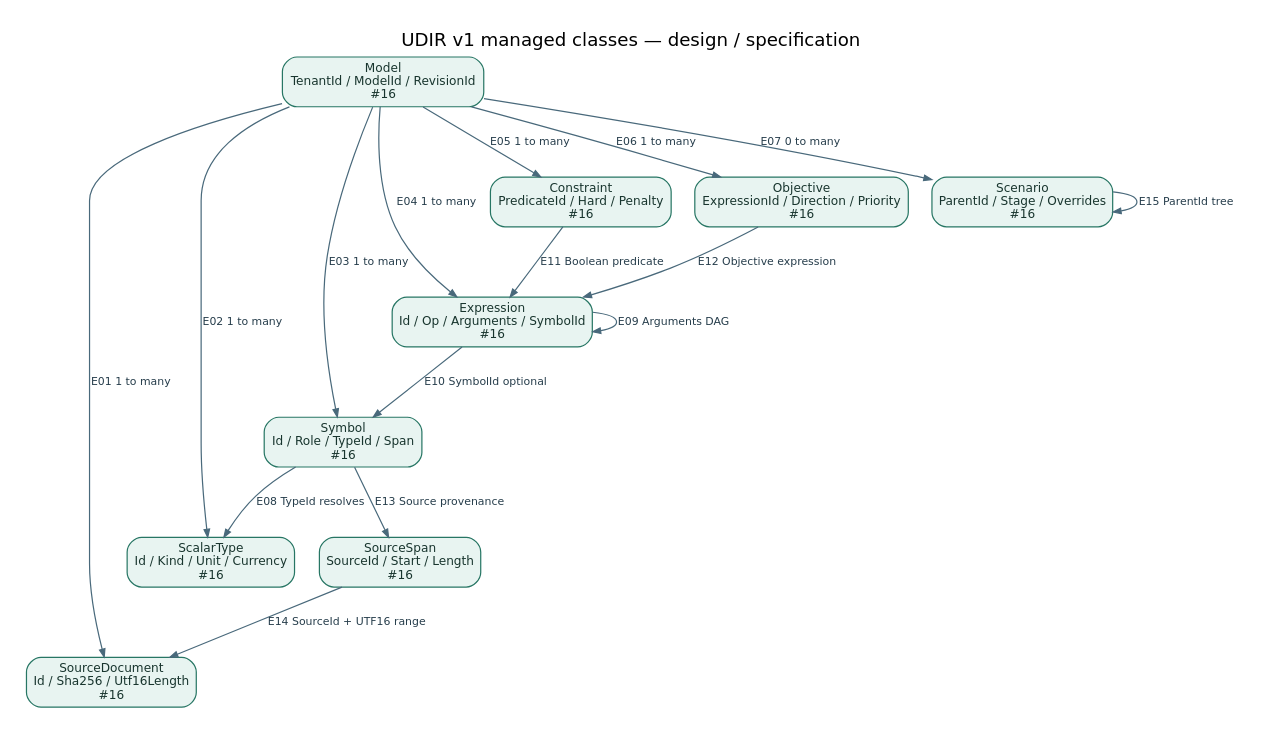
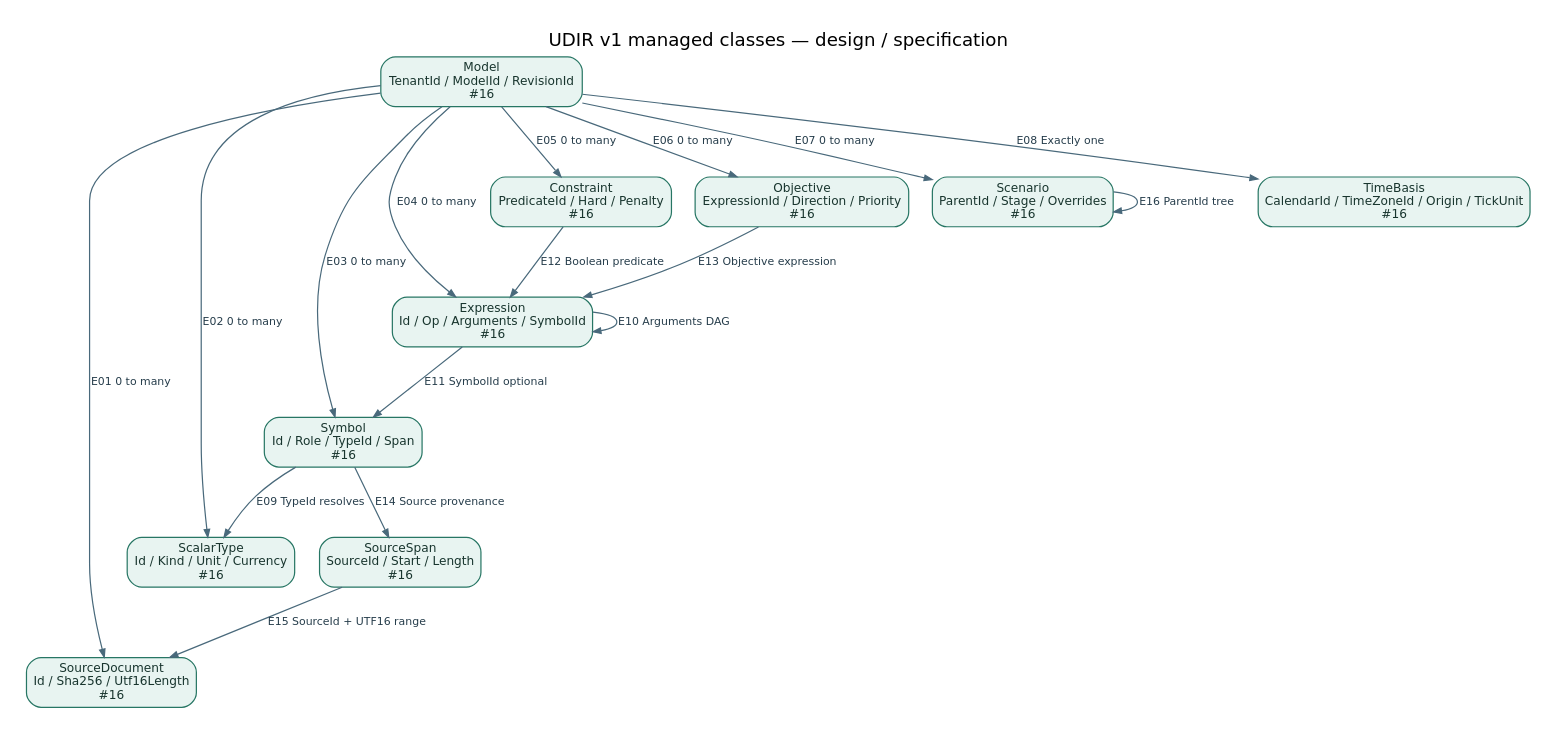
The diagram in docs/design/diagrams/sp03/udir-classes.dot (ameenalqershi/wow-decision-intelligence), drawn with Graphviz before and after one commit. The commit also changed 10 other files, not shown here.

Commit message:
Review merged compiler boundaries and correct architecture cardinality

```diff
--- a/docs/design/diagrams/sp03/udir-classes.dot
+++ b/docs/design/diagrams/sp03/udir-classes.dot
@@ -1,29 +1,31 @@
 digraph G {
   graph [rankdir=TB, bgcolor="#ffffff", pad=0.2, nodesep=0.28, ranksep=0.65, fontname="DejaVu Sans", labelloc=t, fontsize=15, label="UDIR v1 managed classes — design / specification"];
   node [shape=box, style="rounded,filled", fillcolor="#e8f4f1", color="#277664", fontname="DejaVu Sans", fontsize=10, fontcolor="#18352e"];
   edge [color="#49697b", fontcolor="#263d4b", fontname="DejaVu Sans", fontsize=9, arrowsize=0.65];
   "model" [label="Model\nTenantId / ModelId / RevisionId\n#16", URL="https://github.com/ameenalqershi/wow-decision-intelligence/issues/16"];
   "sources" [label="SourceDocument\nId / Sha256 / Utf16Length\n#16", URL="https://github.com/ameenalqershi/wow-decision-intelligence/issues/16"];
   "type" [label="ScalarType\nId / Kind / Unit / Currency\n#16", URL="https://github.com/ameenalqershi/wow-decision-intelligence/issues/16"];
   "symbol" [label="Symbol\nId / Role / TypeId / Span\n#16", URL="https://github.com/ameenalqershi/wow-decision-intelligence/issues/16"];
   "expr" [label="Expression\nId / Op / Arguments / SymbolId\n#16", URL="https://github.com/ameenalqershi/wow-decision-intelligence/issues/16"];
   "constraint" [label="Constraint\nPredicateId / Hard / Penalty\n#16", URL="https://github.com/ameenalqershi/wow-decision-intelligence/issues/16"];
   "objective" [label="Objective\nExpressionId / Direction / Priority\n#16", URL="https://github.com/ameenalqershi/wow-decision-intelligence/issues/16"];
   "scenario" [label="Scenario\nParentId / Stage / Overrides\n#16", URL="https://github.com/ameenalqershi/wow-decision-intelligence/issues/16"];
   "span" [label="SourceSpan\nSourceId / Start / Length\n#16", URL="https://github.com/ameenalqershi/wow-decision-intelligence/issues/16"];
-  "model" -> "sources" [label="E01 1 to many", tooltip="src/Udir/Model.cs: ImmutableArray<SourceDocument> Sources", URL="https://github.com/ameenalqershi/wow-decision-intelligence/issues/16"];
-  "model" -> "type" [label="E02 1 to many", tooltip="src/Udir/Model.cs: ImmutableArray<ScalarType> Types", URL="https://github.com/ameenalqershi/wow-decision-intelligence/issues/16"];
-  "model" -> "symbol" [label="E03 1 to many", tooltip="src/Udir/Model.cs: ImmutableArray<Symbol> Symbols", URL="https://github.com/ameenalqershi/wow-decision-intelligence/issues/16"];
-  "model" -> "expr" [label="E04 1 to many", tooltip="src/Udir/Model.cs: ImmutableArray<Expression> Expressions", URL="https://github.com/ameenalqershi/wow-decision-intelligence/issues/16"];
-  "model" -> "constraint" [label="E05 1 to many", tooltip="src/Udir/Model.cs: ImmutableArray<Constraint> Constraints", URL="https://github.com/ameenalqershi/wow-decision-intelligence/issues/16"];
-  "model" -> "objective" [label="E06 1 to many", tooltip="src/Udir/Model.cs: ImmutableArray<Objective> Objectives", URL="https://github.com/ameenalqershi/wow-decision-intelligence/issues/16"];
+  "time" [label="TimeBasis\nCalendarId / TimeZoneId / Origin / TickUnit\n#16", URL="https://github.com/ameenalqershi/wow-decision-intelligence/issues/16"];
+  "model" -> "sources" [label="E01 0 to many", tooltip="src/Udir/Model.cs: ImmutableArray<SourceDocument> Sources", URL="https://github.com/ameenalqershi/wow-decision-intelligence/issues/16"];
+  "model" -> "type" [label="E02 0 to many", tooltip="src/Udir/Model.cs: ImmutableArray<ScalarType> Types", URL="https://github.com/ameenalqershi/wow-decision-intelligence/issues/16"];
+  "model" -> "symbol" [label="E03 0 to many", tooltip="src/Udir/Model.cs: ImmutableArray<Symbol> Symbols", URL="https://github.com/ameenalqershi/wow-decision-intelligence/issues/16"];
+  "model" -> "expr" [label="E04 0 to many", tooltip="src/Udir/Model.cs: ImmutableArray<Expression> Expressions", URL="https://github.com/ameenalqershi/wow-decision-intelligence/issues/16"];
+  "model" -> "constraint" [label="E05 0 to many", tooltip="src/Udir/Model.cs: ImmutableArray<Constraint> Constraints", URL="https://github.com/ameenalqershi/wow-decision-intelligence/issues/16"];
+  "model" -> "objective" [label="E06 0 to many", tooltip="src/Udir/Model.cs: ImmutableArray<Objective> Objectives", URL="https://github.com/ameenalqershi/wow-decision-intelligence/issues/16"];
   "model" -> "scenario" [label="E07 0 to many", tooltip="src/Udir/Model.cs: ImmutableArray<Scenario> Scenarios", URL="https://github.com/ameenalqershi/wow-decision-intelligence/issues/16"];
-  "symbol" -> "type" [label="E08 TypeId resolves", tooltip="docs/design/udir-v1.md: Roles Variable, Parameter, Resource.", URL="https://github.com/ameenalqershi/wow-decision-intelligence/issues/16"];
-  "expr" -> "expr" [label="E09 Arguments DAG", tooltip="docs/design/udir-v1.md: Expression IDs allow DAG sharing.", URL="https://github.com/ameenalqershi/wow-decision-intelligence/issues/16"];
-  "expr" -> "symbol" [label="E10 SymbolId optional", tooltip="docs/design/udir-v1.md: literal?, symbolId?, span", URL="https://github.com/ameenalqershi/wow-decision-intelligence/issues/16"];
-  "constraint" -> "expr" [label="E11 Boolean predicate", tooltip="docs/design/udir-v1.md: Predicate has Boolean type.", URL="https://github.com/ameenalqershi/wow-decision-intelligence/issues/16"];
-  "objective" -> "expr" [label="E12 Objective expression", tooltip="docs/design/udir-v1.md: expressionId, direction, priority", URL="https://github.com/ameenalqershi/wow-decision-intelligence/issues/16"];
-  "symbol" -> "span" [label="E13 Source provenance", tooltip="src/Udir/Model.cs: string TypeId, SourceSpan Span", URL="https://github.com/ameenalqershi/wow-decision-intelligence/issues/16"];
-  "span" -> "sources" [label="E14 SourceId + UTF16 range", tooltip="docs/design/udir-v1.md: Half-open UTF-16 range relative to a frozen source.", URL="https://github.com/ameenalqershi/wow-decision-intelligence/issues/16"];
-  "scenario" -> "scenario" [label="E15 ParentId tree", tooltip="docs/design/udir-v1.md: For branching models use one root", URL="https://github.com/ameenalqershi/wow-decision-intelligence/issues/16"];
+  "model" -> "time" [label="E08 Exactly one", tooltip="src/Udir/Model.cs: TimeBasis TimeBasis", URL="https://github.com/ameenalqershi/wow-decision-intelligence/issues/16"];
+  "symbol" -> "type" [label="E09 TypeId resolves", tooltip="src/Udir/ModelRules.cs: var type = Ref(types, symbol.TypeId);", URL="https://github.com/ameenalqershi/wow-decision-intelligence/issues/16"];
+  "expr" -> "expr" [label="E10 Arguments DAG", tooltip="docs/design/udir-v1.md: Expression IDs allow DAG sharing.", URL="https://github.com/ameenalqershi/wow-decision-intelligence/issues/16"];
+  "expr" -> "symbol" [label="E11 SymbolId optional", tooltip="docs/design/udir-v1.md: literal?, symbolId?, span", URL="https://github.com/ameenalqershi/wow-decision-intelligence/issues/16"];
+  "constraint" -> "expr" [label="E12 Boolean predicate", tooltip="docs/design/udir-v1.md: Predicate has Boolean type.", URL="https://github.com/ameenalqershi/wow-decision-intelligence/issues/16"];
+  "objective" -> "expr" [label="E13 Objective expression", tooltip="docs/design/udir-v1.md: expressionId, direction, priority", URL="https://github.com/ameenalqershi/wow-decision-intelligence/issues/16"];
+  "symbol" -> "span" [label="E14 Source provenance", tooltip="src/Udir/Model.cs: string TypeId, SourceSpan Span", URL="https://github.com/ameenalqershi/wow-decision-intelligence/issues/16"];
+  "span" -> "sources" [label="E15 SourceId + UTF16 range", tooltip="docs/design/udir-v1.md: Half-open UTF-16 range relative to a frozen source.", URL="https://github.com/ameenalqershi/wow-decision-intelligence/issues/16"];
+  "scenario" -> "scenario" [label="E16 ParentId tree", tooltip="docs/design/udir-v1.md: For branching models use one root", URL="https://github.com/ameenalqershi/wow-decision-intelligence/issues/16"];
 }
```
